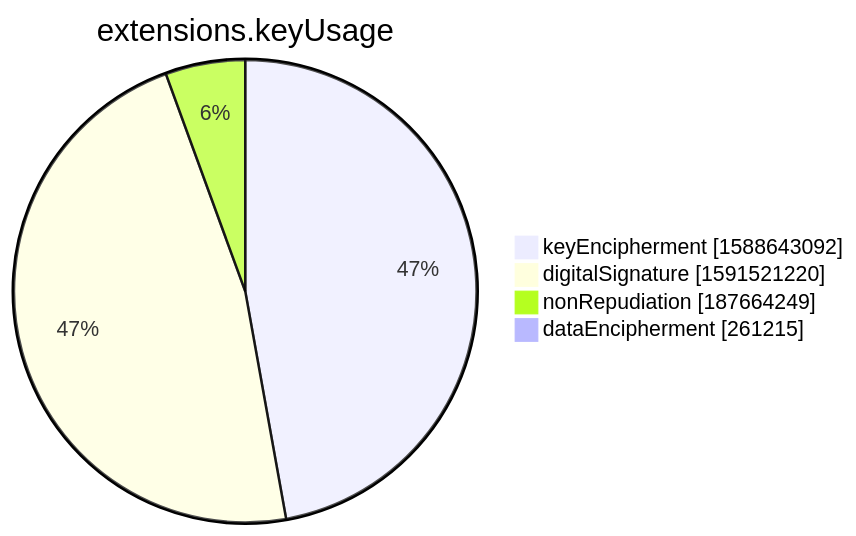
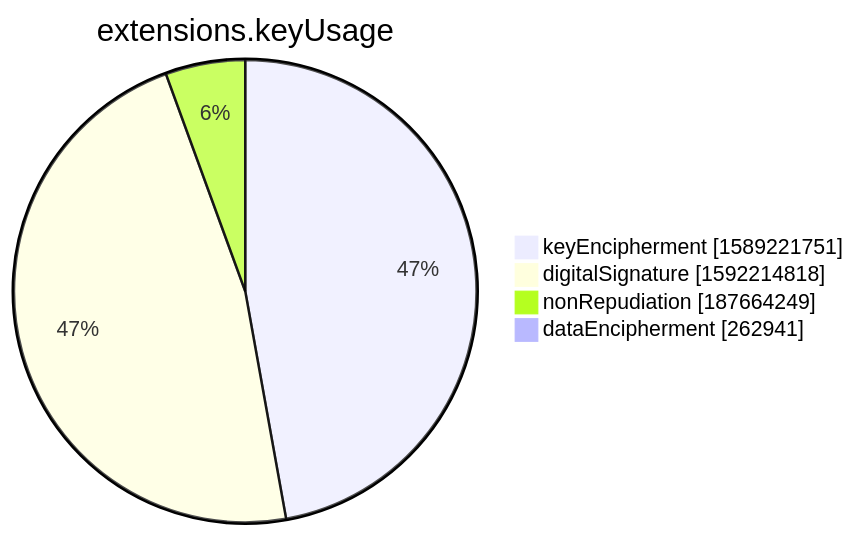
Before and after one commit to christiankrug/ctmonitor_visualization: the seventh of 15 diagrams in xenon2022/README.md, drawn with Mermaid. The commit also changed other lines of this file, not shown here.

````diff
--- a/xenon2022/README.md
+++ b/xenon2022/README.md
@@ -2854,8 +2854,8 @@
 ```mermaid
 pie showData
 title extensions.keyUsage
-"keyEncipherment" :1588643092
-"digitalSignature" :1591521220
+"keyEncipherment" :1589221751
+"digitalSignature" :1592214818
 "nonRepudiation" :187664249
-"dataEncipherment" :261215
+"dataEncipherment" :262941
 ```
````
